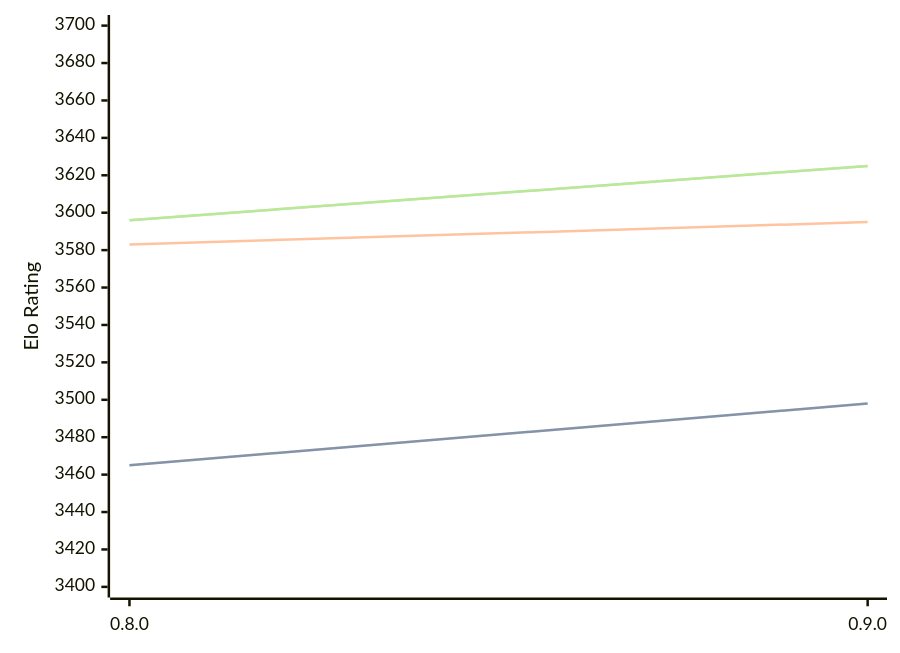
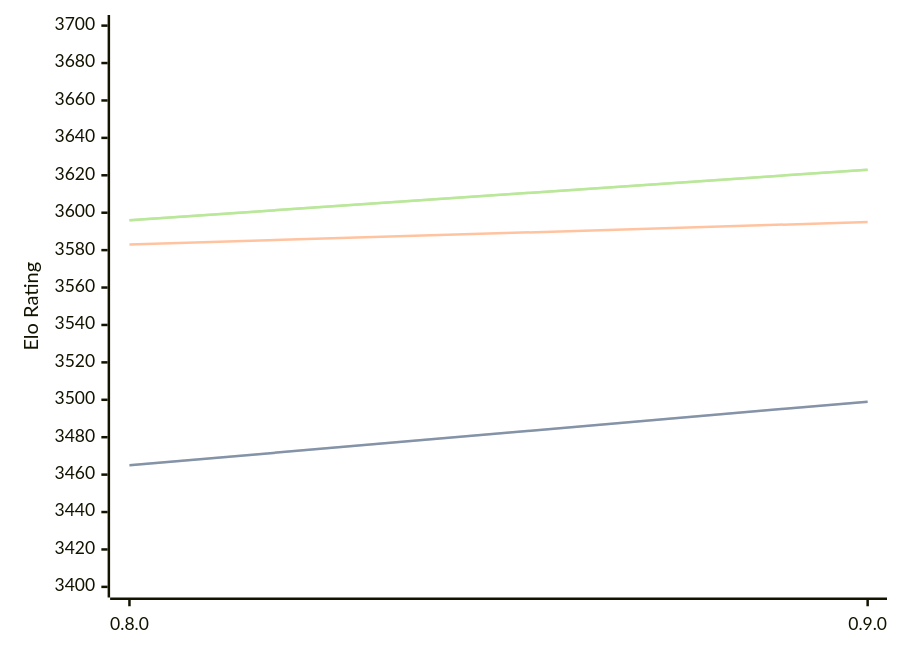
Before and after one commit to computer-chess-index/cci: the diagram in engines/Reckless.md, drawn with Mermaid. The commit also changed other lines of this file, not shown here.

Commit message:
Update CCI Ratings (ELO VLTC) - 2026-04-05

````diff
--- a/engines/Reckless.md
+++ b/engines/Reckless.md
@@ -39,11 +39,11 @@
 ```mermaid
 %%{init: {"theme":"base","themeVariables":{"seriesColors:['#a3a3a3','#222221','#faa371']}}}%%
 xychart-beta
   x-axis ["0.8.0", "0.9.0"]
   y-axis "Elo Rating" 3400 --> 3700
-  line "STC (8.0+0.08s)" [3465, 3498]
-  line "STC (8.0+0.08s)" [3465, 3498]
+  line "STC (8.0+0.08s)" [3465, 3499]
+  line "STC (8.0+0.08s)" [3465, 3499]
   line "LTC (60.0+0.60s)" [3583, 3595]
-  line "VLTC (2m24s+1.12s)" [3596, 3625]
-  line "VLTC (2m24s+1.12s)" [3596, 3625]
+  line "VLTC (2m24s+1.12s)" [3596, 3623]
+  line "VLTC (2m24s+1.12s)" [3596, 3623]
 ```
````
